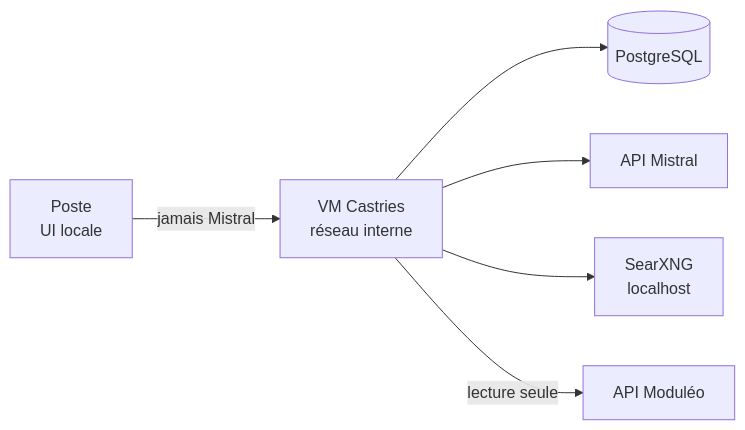
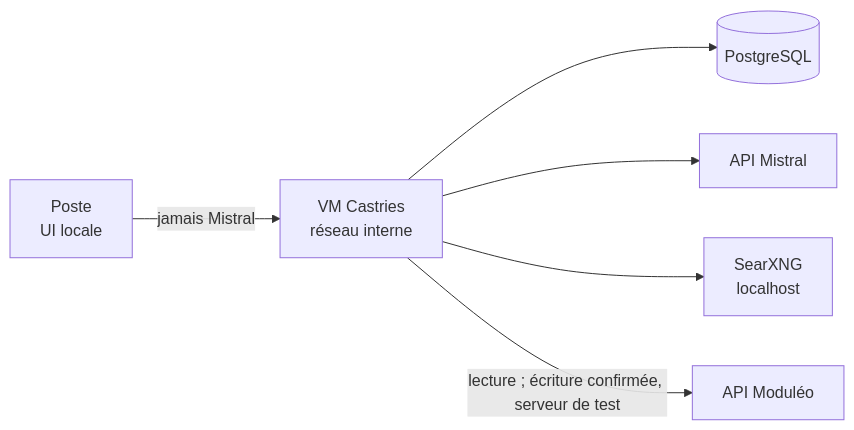
One commit to UlyssouLV/BBASS-Agents-IA changed the first of 3 diagrams in README.md. Above: the diagram before and after it, drawn with Mermaid. The commit also changed other lines of this file and 395 other files, not shown here.

````diff
--- a/README.md
+++ b/README.md
@@ -48,8 +48,8 @@
 ```mermaid
 flowchart LR
   P["Poste<br/>UI locale"] -->|"jamais Mistral"| VM["VM Castries<br/>réseau interne"]
   VM --> PG[("PostgreSQL")]
   VM --> M["API Mistral"]
   VM --> S["SearXNG<br/>localhost"]
-  VM -->|"lecture seule"| MO["API Moduléo"]
+  VM -->|"lecture ; écriture confirmée, serveur de test"| MO["API Moduléo"]
 ```
````
